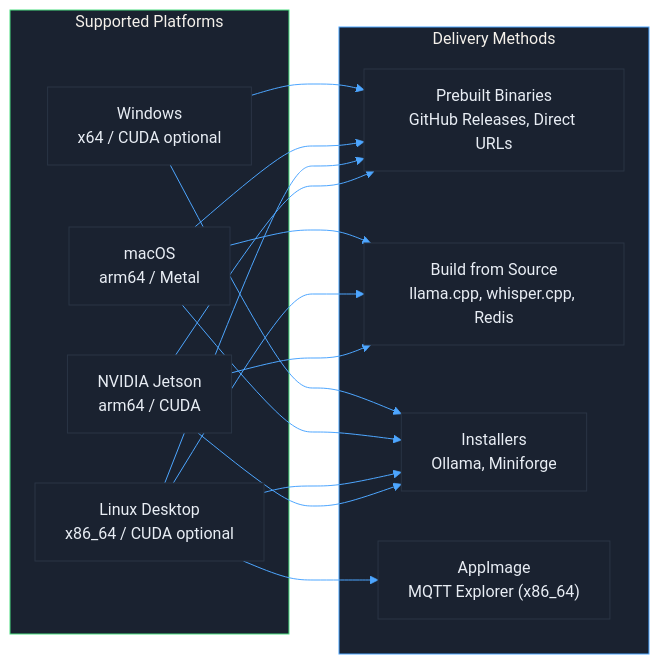
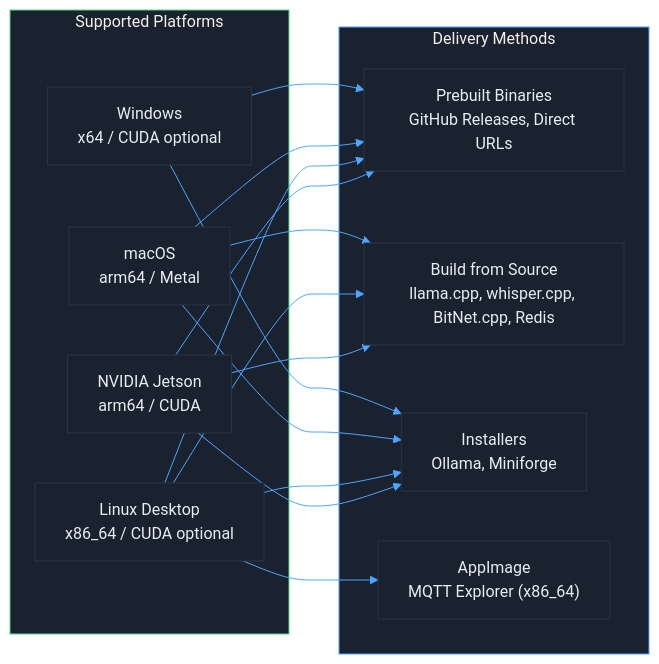
One commit to mvalancy/val-ark changed the third of 4 diagrams in docs/ARCHITECTURE.md. Above: the diagram before and after it, drawn with Mermaid. The commit also changed other lines of this file and 18 other files, not shown here.

First line of the commit message:
Add BitNet.cpp tool and models, fix install badges, update screenshots

````diff
--- a/docs/ARCHITECTURE.md
+++ b/docs/ARCHITECTURE.md
@@ -134,42 +134,42 @@
 ```mermaid
 %%{init: {'theme': 'base', 'themeVariables': {
   'primaryColor': '#1a2230',
   'primaryBorderColor': '#2a3545',
   'primaryTextColor': '#e8edf4',
   'lineColor': '#4da6ff',
   'secondaryColor': '#131921',
   'tertiaryColor': '#0a0e14'
 }}}%%
 graph LR
     subgraph Platforms["Supported Platforms"]
         style Platforms fill:#1a2230,stroke:#4ade80
         JETSON["NVIDIA Jetson<br/>arm64 / CUDA"]
         LINUX["Linux Desktop<br/>x86_64 / CUDA optional"]
         MACOS["macOS<br/>arm64 / Metal"]
         WIN["Windows<br/>x64 / CUDA optional"]
     end
 
     subgraph Delivery["Delivery Methods"]
         style Delivery fill:#1a2230,stroke:#4da6ff
         PREBUILT["Prebuilt Binaries<br/>GitHub Releases, Direct URLs"]
-        SOURCE["Build from Source<br/>llama.cpp, whisper.cpp, Redis"]
+        SOURCE["Build from Source<br/>llama.cpp, whisper.cpp, BitNet.cpp, Redis"]
         INSTALLER["Installers<br/>Ollama, Miniforge"]
         APPIMAGE["AppImage<br/>MQTT Explorer (x86_64)"]
     end
 
     JETSON --> SOURCE
     JETSON --> PREBUILT
     JETSON --> INSTALLER
 
     LINUX --> PREBUILT
     LINUX --> SOURCE
     LINUX --> INSTALLER
     LINUX --> APPIMAGE
 
     MACOS --> PREBUILT
     MACOS --> SOURCE
     MACOS --> INSTALLER
 
     WIN --> PREBUILT
     WIN --> INSTALLER
 ```
````
